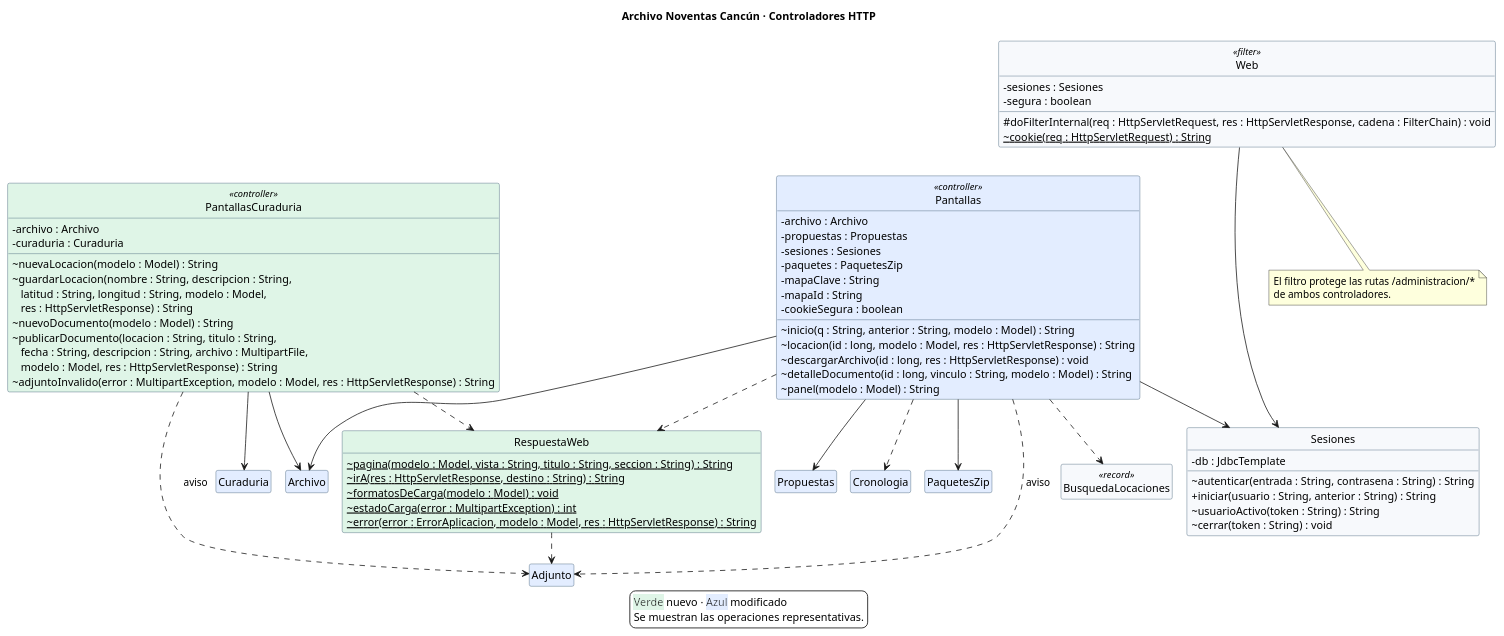
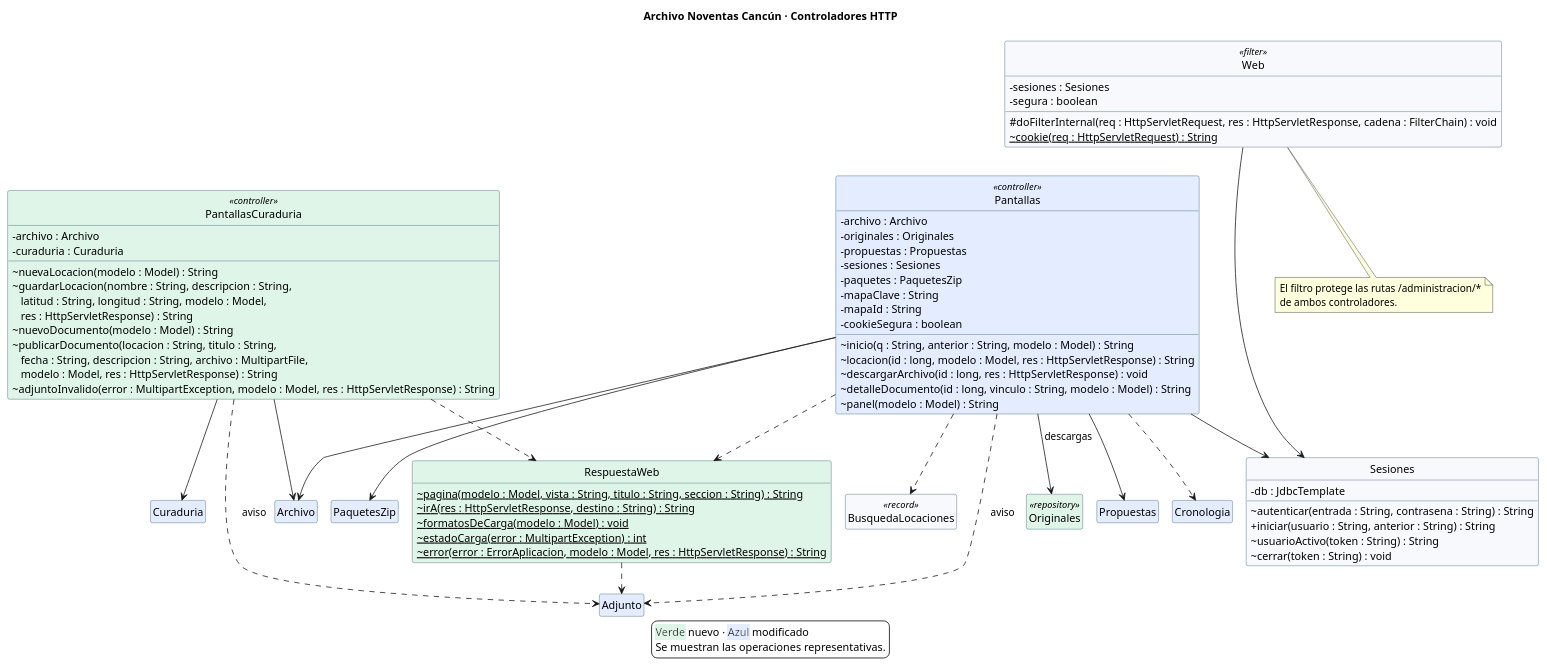
One commit to ikercontla/proyectoDisenoDeSoftwareArchivoNoventasCancun changed the second of 4 diagrams in diagramas/Equipo03_Entrega2_DiagramaClases.puml. Above: the diagram before and after it, drawn with PlantUML. The commit also changed other lines of this file and 4 other files, not shown here.

```diff
--- a/diagramas/Equipo03_Entrega2_DiagramaClases.puml
+++ b/diagramas/Equipo03_Entrega2_DiagramaClases.puml
@@ -169,96 +167,99 @@
 @startuml http
 !pragma layout smetana
 skinparam nodesep 22
 skinparam ranksep 24
 skinparam shadowing false
 skinparam backgroundColor #FFFFFF
 skinparam defaultFontName Calibri
 skinparam classAttributeIconSize 0
 skinparam classBorderColor #34516D
 skinparam classBackgroundColor #F7F9FC
 hide empty members
 hide circle
 title Archivo Noventas Cancún · Controladores HTTP
 
 class Pantallas <<controller>> #E3EDFF {
   - archivo : Archivo
+  - originales : Originales
   - propuestas : Propuestas
   - sesiones : Sesiones
   - paquetes : PaquetesZip
   - mapaClave : String
   - mapaId : String
   - cookieSegura : boolean
   ~ inicio(q : String, anterior : String, modelo : Model) : String
   ~ locacion(id : long, modelo : Model, res : HttpServletResponse) : String
   ~ descargarArchivo(id : long, res : HttpServletResponse) : void
   ~ detalleDocumento(id : long, vinculo : String, modelo : Model) : String
   ~ panel(modelo : Model) : String
 }
 
 class PantallasCuraduria <<controller>> #DFF5E7 {
   - archivo : Archivo
   - curaduria : Curaduria
   ~ nuevaLocacion(modelo : Model) : String
   ~ guardarLocacion(nombre : String, descripcion : String,\n   latitud : String, longitud : String, modelo : Model,\n   res : HttpServletResponse) : String
   ~ nuevoDocumento(modelo : Model) : String
   ~ publicarDocumento(locacion : String, titulo : String,\n   fecha : String, descripcion : String, archivo : MultipartFile,\n   modelo : Model, res : HttpServletResponse) : String
   ~ adjuntoInvalido(error : MultipartException, modelo : Model, res : HttpServletResponse) : String
 }
 
 class RespuestaWeb #DFF5E7 {
   ~ {static} pagina(modelo : Model, vista : String, titulo : String, seccion : String) : String
   ~ {static} irA(res : HttpServletResponse, destino : String) : String
   ~ {static} formatosDeCarga(modelo : Model) : void
   ~ {static} estadoCarga(error : MultipartException) : int
   ~ {static} error(error : ErrorAplicacion, modelo : Model, res : HttpServletResponse) : String
 }
 
 class Web <<filter>> {
   - sesiones : Sesiones
   - segura : boolean
   # doFilterInternal(req : HttpServletRequest, res : HttpServletResponse, cadena : FilterChain) : void
   ~ {static} cookie(req : HttpServletRequest) : String
 }
 
 class Sesiones {
   - db : JdbcTemplate
   ~ autenticar(entrada : String, contrasena : String) : String
   + iniciar(usuario : String, anterior : String) : String
   ~ usuarioActivo(token : String) : String
   ~ cerrar(token : String) : void
 }
 
 class Archivo #E3EDFF
+class Originales <<repository>> #DFF5E7
 class Propuestas #E3EDFF
 class Cronologia #E3EDFF
 class Curaduria #E3EDFF
 class PaquetesZip #E3EDFF
 class Adjunto #E3EDFF
 class BusquedaLocaciones <<record>>
 
 Web --> Sesiones
 Pantallas --> Archivo
+Pantallas --> Originales : descargas
 Pantallas --> Propuestas
 Pantallas --> Sesiones
 Pantallas --> PaquetesZip
 Pantallas ..> BusquedaLocaciones
 Pantallas ..> Cronologia
 Pantallas ..> RespuestaWeb
 Pantallas ..> Adjunto : aviso
 PantallasCuraduria --> Archivo
 PantallasCuraduria --> Curaduria
 PantallasCuraduria ..> RespuestaWeb
 PantallasCuraduria ..> Adjunto : aviso
 RespuestaWeb ..> Adjunto
 Web -[hidden]down-> Pantallas
 
 note bottom of Web
   El filtro protege las rutas /administracion/*
   de ambos controladores.
 end note
 
 legend bottom
   <back:#DFF5E7>Verde</back> nuevo · <back:#E3EDFF>Azul</back> modificado
   Se muestran las operaciones representativas.
 endlegend
 @enduml
```
